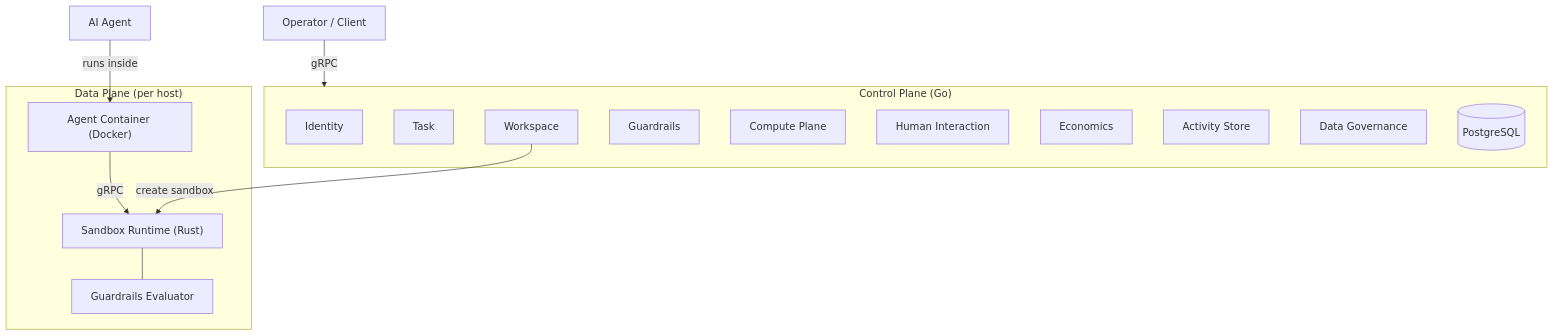
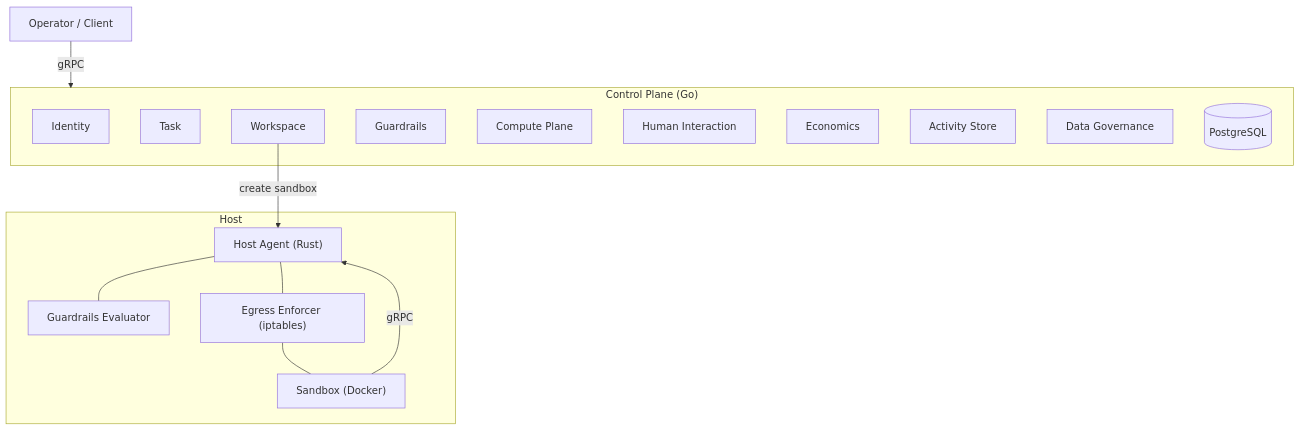
One commit to Baselyne-Systems/agent-sandbox-platform changed the diagram in README.md. Above: the diagram before and after it, drawn with Mermaid. The commit also changed other lines of this file and 21 other files, not shown here.

````diff
--- a/README.md
+++ b/README.md
@@ -21,30 +7,31 @@
 ```mermaid
 graph TB
     Operator["Operator / Client"]
-    Agent["AI Agent"]
 
     subgraph CP["Control Plane (Go)"]
         Identity["Identity"]
         Task["Task"]
         Workspace["Workspace"]
         Guardrails["Guardrails"]
         Compute["Compute Plane"]
         Human["Human Interaction"]
         Economics["Economics"]
         Activity["Activity Store"]
         Governance["Data Governance"]
         PG[("PostgreSQL")]
     end
 
-    subgraph DP["Data Plane (per host)"]
-        Runtime["Sandbox Runtime (Rust)"]
+    subgraph Host["Host"]
+        HostAgent["Host Agent (Rust)"]
         Evaluator["Guardrails Evaluator"]
-        Container["Agent Container (Docker)"]
+        Egress["Egress Enforcer (iptables)"]
+        Sandbox["Sandbox (Docker)"]
     end
 
     Operator -->|gRPC| CP
-    Agent -->|runs inside| Container
-    Container -->|gRPC| Runtime
-    Workspace -->|"create sandbox"| Runtime
-    Runtime --- Evaluator
+    Sandbox -->|gRPC| HostAgent
+    HostAgent --- Evaluator
+    HostAgent --- Egress
+    Egress --- Sandbox
+    Workspace -->|"create sandbox"| HostAgent
 ```
````
